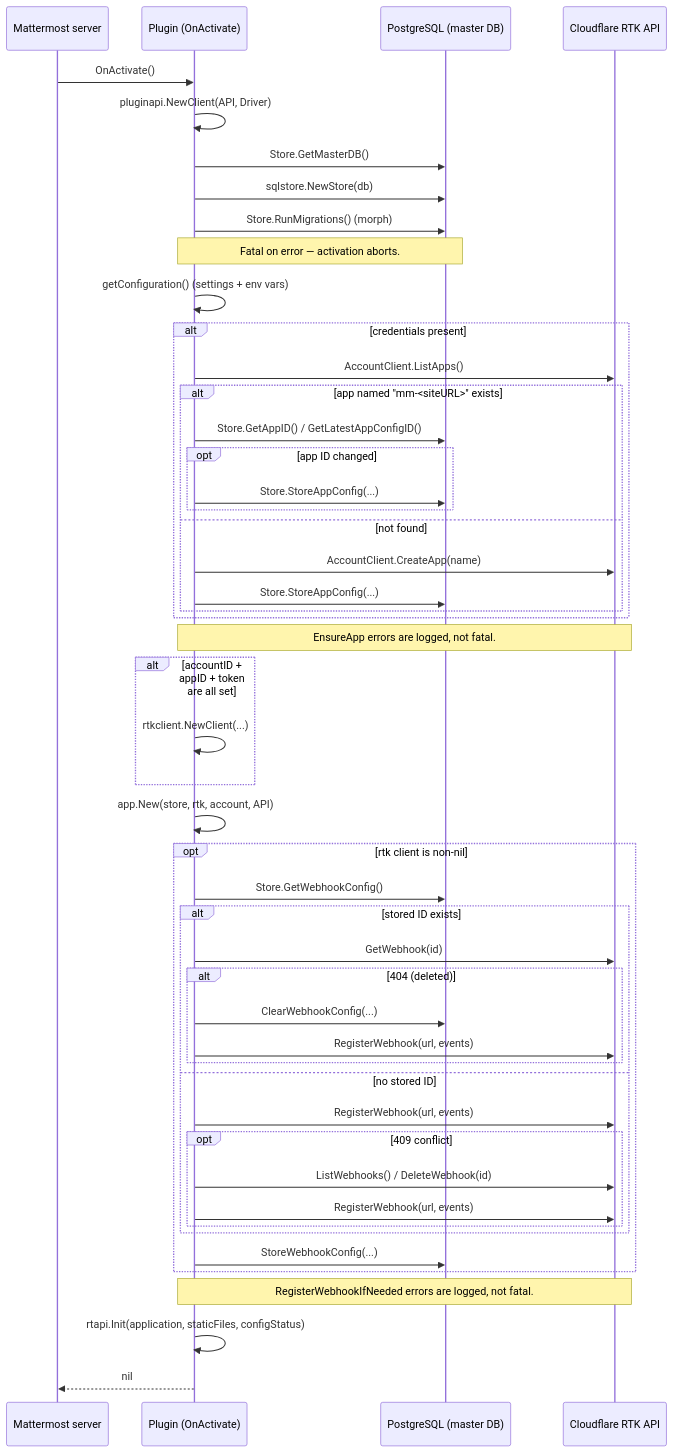
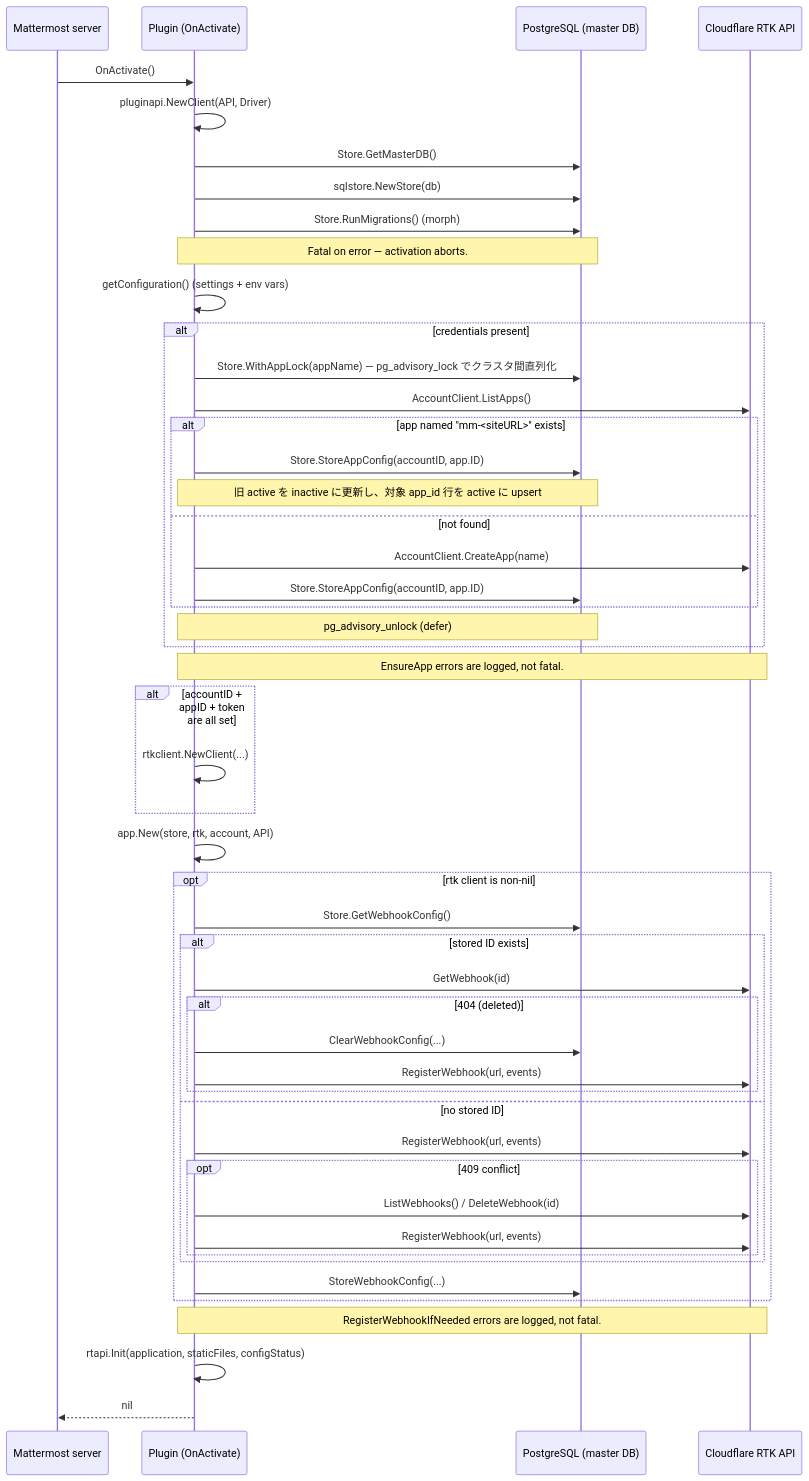
The diagram in docs/plugin-activation.md (kondo97/mattermost-plugin-rtk), drawn with Mermaid before and after one commit. The commit also changed other lines of this file and 22 other files, not shown here.

First line of the commit message:
Update schema, configuration, and ER diagram

````diff
--- a/docs/plugin-activation.md
+++ b/docs/plugin-activation.md
@@ -29,58 +29,58 @@
 ```mermaid
 sequenceDiagram
     participant MM as Mattermost server
     participant P as Plugin (OnActivate)
     participant DB as PostgreSQL (master DB)
     participant CF as Cloudflare RTK API
 
     MM->>P: OnActivate()
     P->>P: pluginapi.NewClient(API, Driver)
     P->>DB: Store.GetMasterDB()
     P->>DB: sqlstore.NewStore(db)
     P->>DB: Store.RunMigrations() (morph)
     Note over P,DB: Fatal on error — activation aborts.
 
     P->>P: getConfiguration() (settings + env vars)
 
     alt credentials present
+        P->>DB: Store.WithAppLock(appName) — pg_advisory_lock でクラスタ間直列化
         P->>CF: AccountClient.ListApps()
         alt app named "mm-<siteURL>" exists
-            P->>DB: Store.GetAppID() / GetLatestAppConfigID()
-            opt app ID changed
-                P->>DB: Store.StoreAppConfig(...)
-            end
+            P->>DB: Store.StoreAppConfig(accountID, app.ID)
+            Note over P,DB: 旧 active を inactive に更新し、対象 app_id 行を active に upsert
         else not found
             P->>CF: AccountClient.CreateApp(name)
-            P->>DB: Store.StoreAppConfig(...)
+            P->>DB: Store.StoreAppConfig(accountID, app.ID)
         end
+        Note over P,DB: pg_advisory_unlock (defer)
     end
     Note over P,CF: EnsureApp errors are logged, not fatal.
 
     alt accountID + appID + token are all set
         P->>P: rtkclient.NewClient(...)
     end
 
     P->>P: app.New(store, rtk, account, API)
 
     opt rtk client is non-nil
         P->>DB: Store.GetWebhookConfig()
         alt stored ID exists
             P->>CF: GetWebhook(id)
             alt 404 (deleted)
                 P->>DB: ClearWebhookConfig(...)
                 P->>CF: RegisterWebhook(url, events)
             end
         else no stored ID
             P->>CF: RegisterWebhook(url, events)
             opt 409 conflict
                 P->>CF: ListWebhooks() / DeleteWebhook(id)
                 P->>CF: RegisterWebhook(url, events)
             end
         end
         P->>DB: StoreWebhookConfig(...)
     end
     Note over P,CF: RegisterWebhookIfNeeded errors are logged, not fatal.
 
     P->>P: rtapi.Init(application, staticFiles, configStatus)
     P-->>MM: nil
 ```
````
